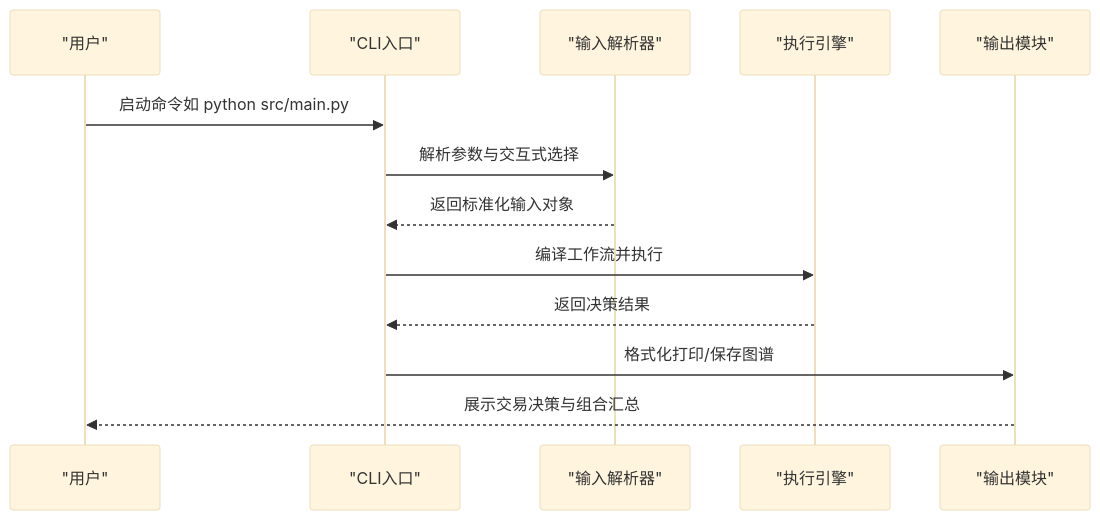
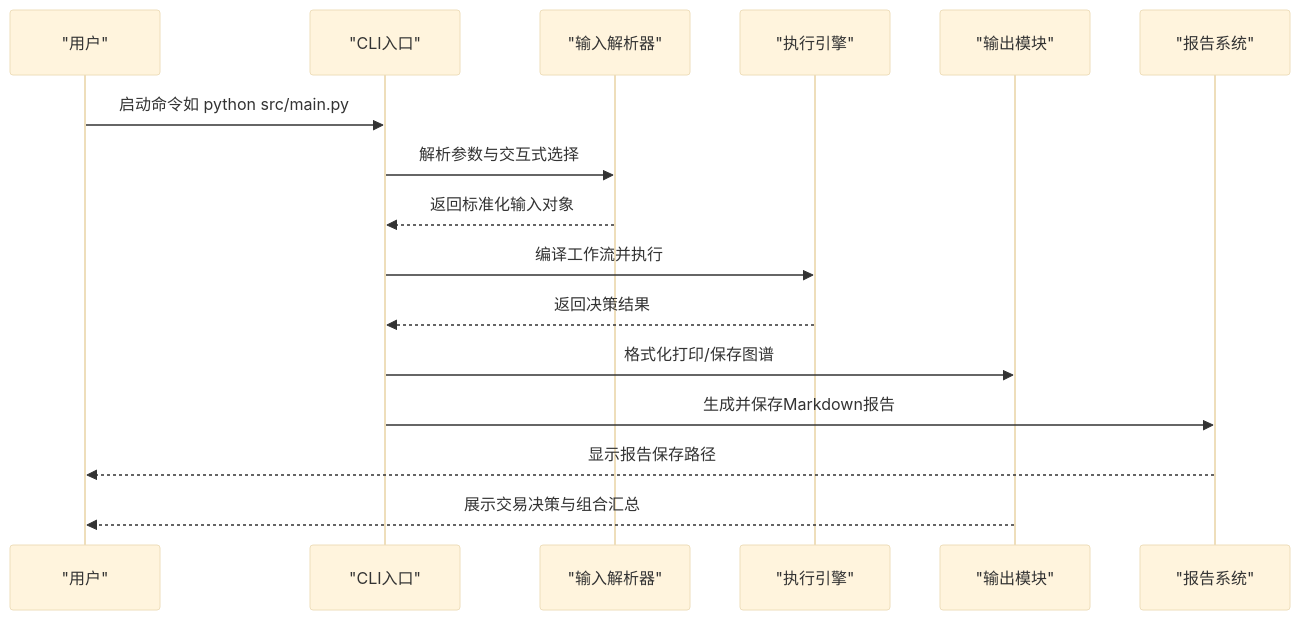
One commit to lichen14-hash/ai-hedge-fund changed the second of 6 diagrams in .qoder/repowiki/zh/content/命令行界面.md. Above: the diagram before and after it, drawn with Mermaid (base theme). The commit also changed other lines of this file and 24 other files, not shown here.

````diff
--- a/.qoder/repowiki/zh/content/命令行界面.md
+++ b/.qoder/repowiki/zh/content/命令行界面.md
@@ -127,15 +132,18 @@
 ```mermaid
 sequenceDiagram
 participant User as "用户"
 participant CLI as "CLI入口"
 participant Parser as "输入解析器"
 participant Engine as "执行引擎"
 participant Output as "输出模块"
+participant Report as "报告系统"
 User->>CLI : 启动命令如 python src/main.py
 CLI->>Parser : 解析参数与交互式选择
 Parser-->>CLI : 返回标准化输入对象
 CLI->>Engine : 编译工作流并执行
 Engine-->>CLI : 返回决策结果
 CLI->>Output : 格式化打印/保存图谱
+CLI->>Report : 生成并保存Markdown报告
+Report-->>User : 显示报告保存路径
 Output-->>User : 展示交易决策与组合汇总
 ```
````
